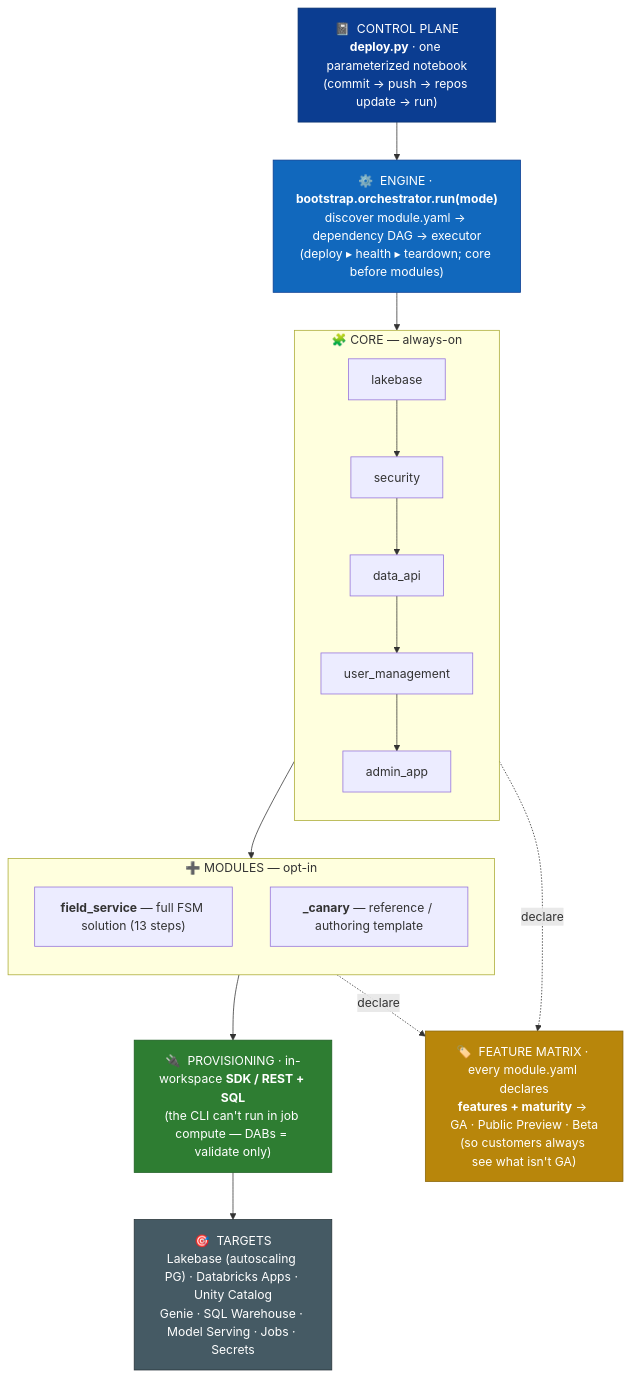
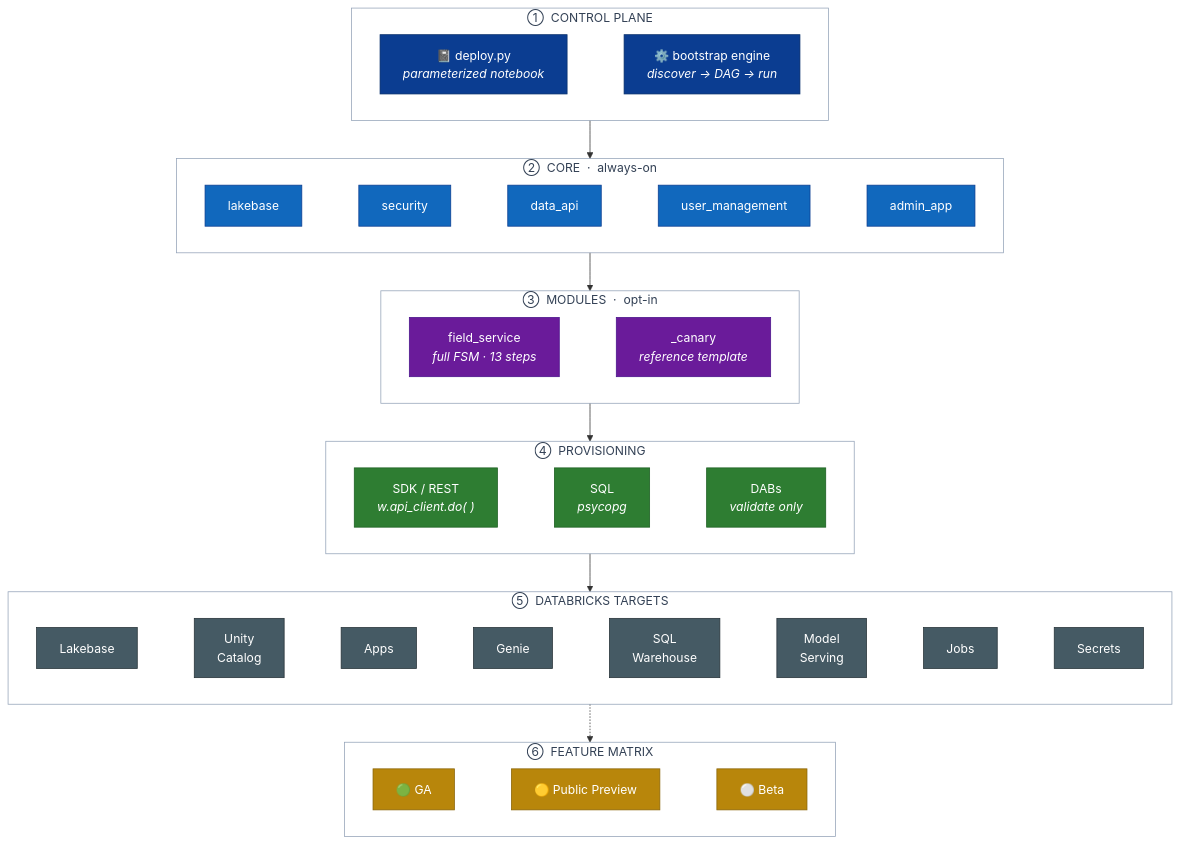
Before and after one commit to databricks-solutions/lakebase-solutions: the diagram in README.md, drawn with Mermaid. The commit also changed other lines of this file and 12 other files, not shown here.

````diff
--- a/README.md
+++ b/README.md
@@ -68,30 +65,45 @@
 ```mermaid
 flowchart TB
-    NB["📓 &nbsp;CONTROL PLANE<br/><b>deploy.py</b> · one parameterized notebook<br/>(commit → push → repos update → run)"]:::cp
-    NB --> ENG["⚙️ &nbsp;ENGINE · <b>bootstrap.orchestrator.run(mode)</b><br/>discover module.yaml → dependency DAG → executor<br/>(deploy ▸ health ▸ teardown; core before modules)"]:::eng
-
-    ENG --> CORE
-    subgraph CORE["🧩 CORE — always-on"]
-        direction TB
-        c1[lakebase] --> c2[security] --> c3[data_api] --> c4[user_management] --> c5[admin_app]
+    subgraph CP["① &nbsp;CONTROL PLANE"]
+        direction LR
+        a1["📓 deploy.py<br/><i>parameterized notebook</i>"] ~~~ a2["⚙️ bootstrap engine<br/><i>discover → DAG → run</i>"]
+    end
+    subgraph CORE["② &nbsp;CORE &nbsp;·&nbsp; always-on"]
+        direction LR
+        c1[lakebase] ~~~ c2[security] ~~~ c3[data_api] ~~~ c4[user_management] ~~~ c5[admin_app]
+    end
+    subgraph MODS["③ &nbsp;MODULES &nbsp;·&nbsp; opt-in"]
+        direction LR
+        m1["field_service<br/><i>full FSM · 13 steps</i>"] ~~~ m2["_canary<br/><i>reference template</i>"]
+    end
+    subgraph PROV["④ &nbsp;PROVISIONING"]
+        direction LR
+        p1["SDK / REST<br/><i>w.api_client.do( )</i>"] ~~~ p2["SQL<br/><i>psycopg</i>"] ~~~ p3["DABs<br/><i>validate only</i>"]
+    end
+    subgraph TGT["⑤ &nbsp;DATABRICKS TARGETS"]
+        direction LR
+        t1[Lakebase] ~~~ t2["Unity<br/>Catalog"] ~~~ t3[Apps] ~~~ t4[Genie] ~~~ t5["SQL<br/>Warehouse"] ~~~ t6["Model<br/>Serving"] ~~~ t7[Jobs] ~~~ t8[Secrets]
+    end
+    subgraph MAT["⑥ &nbsp;FEATURE MATRIX"]
+        direction LR
+        f1["🟢 GA"] ~~~ f2["🟡 Public Preview"] ~~~ f3["⚪ Beta"]
     end
 
-    CORE --> MODS
-    subgraph MODS["➕ MODULES — opt-in"]
-        direction TB
-        m1["<b>field_service</b> — full FSM solution (13 steps)"]
-        m2["<b>_canary</b> — reference / authoring template"]
-    end
+    CP --> CORE --> MODS --> PROV --> TGT
+    TGT -.-> MAT
 
-    MODS --> PROV["🔌 &nbsp;PROVISIONING · in-workspace <b>SDK / REST + SQL</b><br/>(the CLI can't run in job compute — DABs = validate only)"]:::prov
-    PROV --> TGT["🎯 &nbsp;TARGETS<br/>Lakebase (autoscaling PG) · Databricks Apps · Unity Catalog<br/>Genie · SQL Warehouse · Model Serving · Jobs · Secrets"]:::tgt
-
-    CORE -.declare.-> MAT
-    MODS -.declare.-> MAT["🏷️ &nbsp;FEATURE MATRIX · every module.yaml declares<br/><b>features + maturity</b> → GA · Public Preview · Beta<br/>(so customers always see what isn't GA)"]:::mat
-
-    classDef cp fill:#0b3d91,color:#fff,stroke:#08306b,stroke-width:1px;
-    classDef eng fill:#1168bd,color:#fff,stroke:#0b3d91,stroke-width:1px;
-    classDef prov fill:#2e7d32,color:#fff,stroke:#1b5e20,stroke-width:1px;
-    classDef tgt fill:#455a64,color:#fff,stroke:#263238,stroke-width:1px;
-    classDef mat fill:#b8860b,color:#fff,stroke:#8a6508,stroke-width:1px;
+    classDef band fill:none,stroke:#94a3b8,stroke-width:1px,color:#334155;
+    class CP,CORE,MODS,PROV,TGT,MAT band;
+    classDef cp fill:#0b3d91,color:#fff,stroke:#08306b;
+    classDef core fill:#1168bd,color:#fff,stroke:#0b3d91;
+    classDef mods fill:#6a1b9a,color:#fff,stroke:#4a148c;
+    classDef prov fill:#2e7d32,color:#fff,stroke:#1b5e20;
+    classDef tgt fill:#455a64,color:#fff,stroke:#263238;
+    classDef mat fill:#b8860b,color:#fff,stroke:#8a6508;
+    class a1,a2 cp;
+    class c1,c2,c3,c4,c5 core;
+    class m1,m2 mods;
+    class p1,p2,p3 prov;
+    class t1,t2,t3,t4,t5,t6,t7,t8 tgt;
+    class f1,f2,f3 mat;
 ```
````
